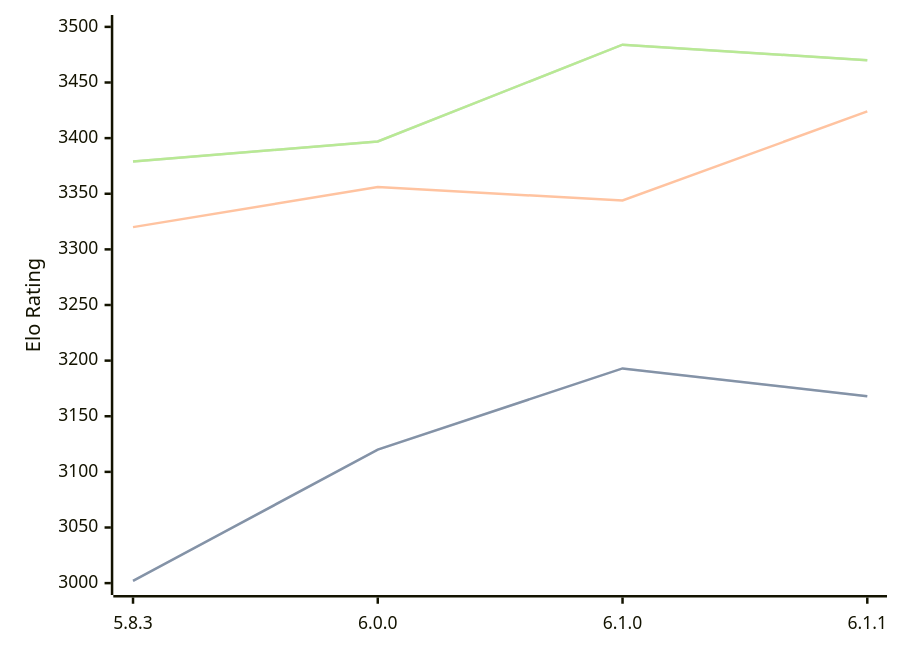
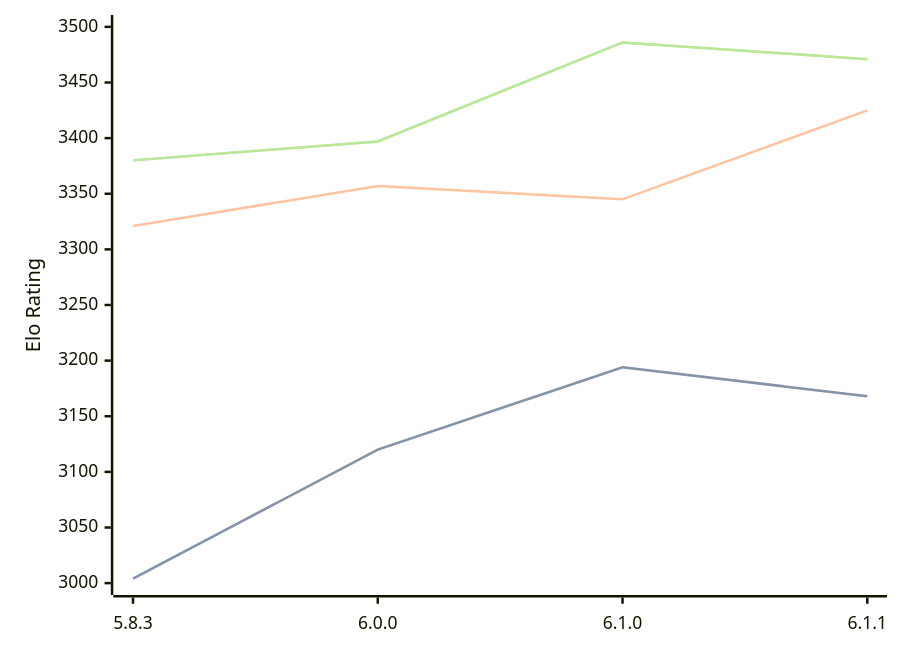
One commit to computer-chess-index/cci changed the diagram in engines/Zigqueen.md. Above: the diagram before and after it, drawn with Mermaid. The commit also changed other lines of this file, not shown here.

Commit message:
Update CCI Ratings (ELO VLTC) - 2026-09-14

````diff
--- a/engines/Zigqueen.md
+++ b/engines/Zigqueen.md
@@ -38,11 +38,11 @@
 ```mermaid
 %%{init: {"theme":"base","themeVariables":{"seriesColors:['#a3a3a3','#222221','#faa371']}}}%%
 xychart-beta
   x-axis ["5.8.3", "6.0.0", "6.1.0", "6.1.1"]
   y-axis "Elo Rating" 3000 --> 3500
-  line "" [3002, 3120, 3193, 3168]
-  line "STC (8.0+0.08s)" [3002, 3120, 3193, 3168]
-  line "LTC (60.0+0.60s)" [3320, 3356, 3344, 3424]
-  line "" [3379, 3397, 3484, 3470]
-  line "VLTC (2m24s+1.12s)" [3379, 3397, 3484, 3470]
+  line "" [3004, 3120, 3194, 3168]
+  line "STC (8.0+0.08s)" [3004, 3120, 3194, 3168]
+  line "LTC (60.0+0.60s)" [3321, 3357, 3345, 3425]
+  line "" [3380, 3397, 3486, 3471]
+  line "VLTC (2m24s+1.12s)" [3380, 3397, 3486, 3471]
 ```
````
